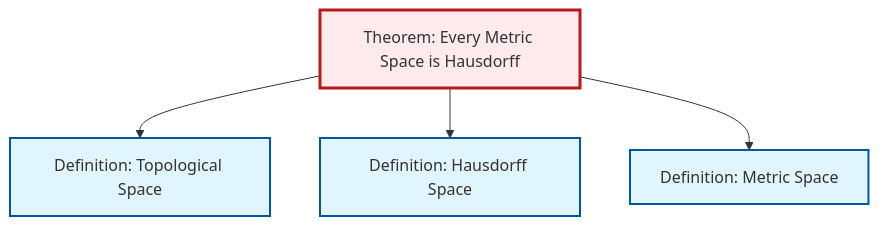
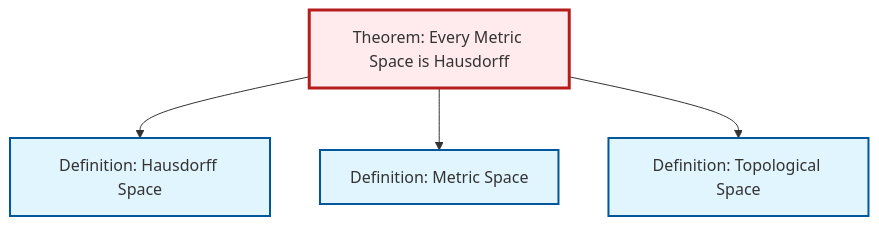
Before and after one commit to RK0429/ModernMath: the diagram in content/en/topology/thm-metric-hausdorff.qmd, drawn with Mermaid. The commit also changed other lines of this file and 654 other files, not shown here.

````diff
--- a/content/en/topology/thm-metric-hausdorff.qmd
+++ b/content/en/topology/thm-metric-hausdorff.qmd
@@ -62,20 +63,20 @@
 ```{mermaid}
 %%| fig-cap: "Local dependency graph"
 graph TD
     classDef definition fill:#e1f5fe,stroke:#01579b,stroke-width:2px
     classDef theorem fill:#f3e5f5,stroke:#4a148c,stroke-width:2px
     classDef axiom fill:#fff3e0,stroke:#e65100,stroke-width:2px
     classDef example fill:#e8f5e9,stroke:#1b5e20,stroke-width:2px
     classDef current fill:#ffebee,stroke:#b71c1c,stroke-width:3px
+    def-metric-space["Definition: Metric Space"]:::definition
+    def-hausdorff["Definition: Hausdorff Space"]:::definition
     thm-metric-hausdorff["Theorem: Every Metric Space is Hausdorff"]:::theorem
-    def-metric-space["Definition: Metric Space"]:::definition
     def-topological-space["Definition: Topological Space"]:::definition
-    def-hausdorff["Definition: Hausdorff Space"]:::definition
-    thm-metric-hausdorff --> def-topological-space
     thm-metric-hausdorff --> def-hausdorff
     thm-metric-hausdorff --> def-metric-space
+    thm-metric-hausdorff --> def-topological-space
     class thm-metric-hausdorff current
     click def-metric-space "def-metric-space.html" "Go to Metric Space definition"
+    click def-hausdorff "def-hausdorff.html" "Go to Hausdorff Space definition"
     click def-topological-space "def-topological-space.html" "Go to Topological Space definition"
-    click def-hausdorff "def-hausdorff.html" "Go to Hausdorff Space definition"
 ```
````
